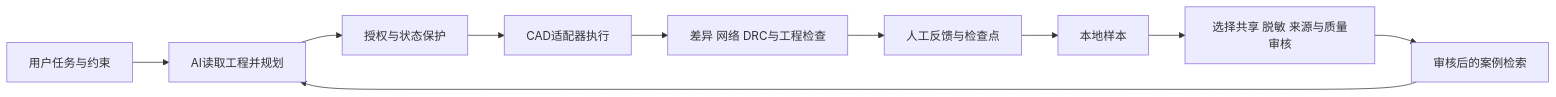
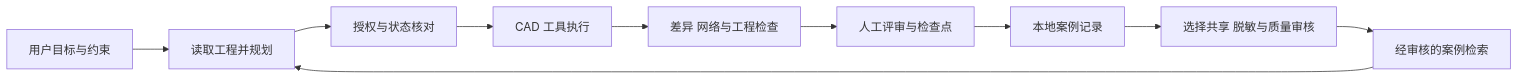
Before and after one commit to 3344259705-prog/ai-PCB: the diagram in README.md, drawn with Mermaid. The commit also changed other lines of this file and 1 other file, not shown here.

````diff
--- a/README.md
+++ b/README.md
@@ -18,12 +74,12 @@
 ```mermaid
 flowchart LR
-  U[用户任务与约束] --> A[AI读取工程并规划]
-  K[审核后的案例检索] --> A
-  A --> G[授权与状态保护]
-  G --> C[CAD适配器执行]
-  C --> V[差异 网络 DRC与工程检查]
-  V --> H[人工反馈与检查点]
-  H --> D[本地样本]
-  D --> R[选择共享 脱敏 来源与质量审核]
+  U[用户目标与约束] --> A[读取工程并规划]
+  K[经审核的案例检索] --> A
+  A --> G[授权与状态核对]
+  G --> C[CAD 工具执行]
+  C --> V[差异 网络与工程检查]
+  V --> H[人工评审与检查点]
+  H --> D[本地案例记录]
+  D --> R[选择共享 脱敏与质量审核]
   R --> K
 ```
````
